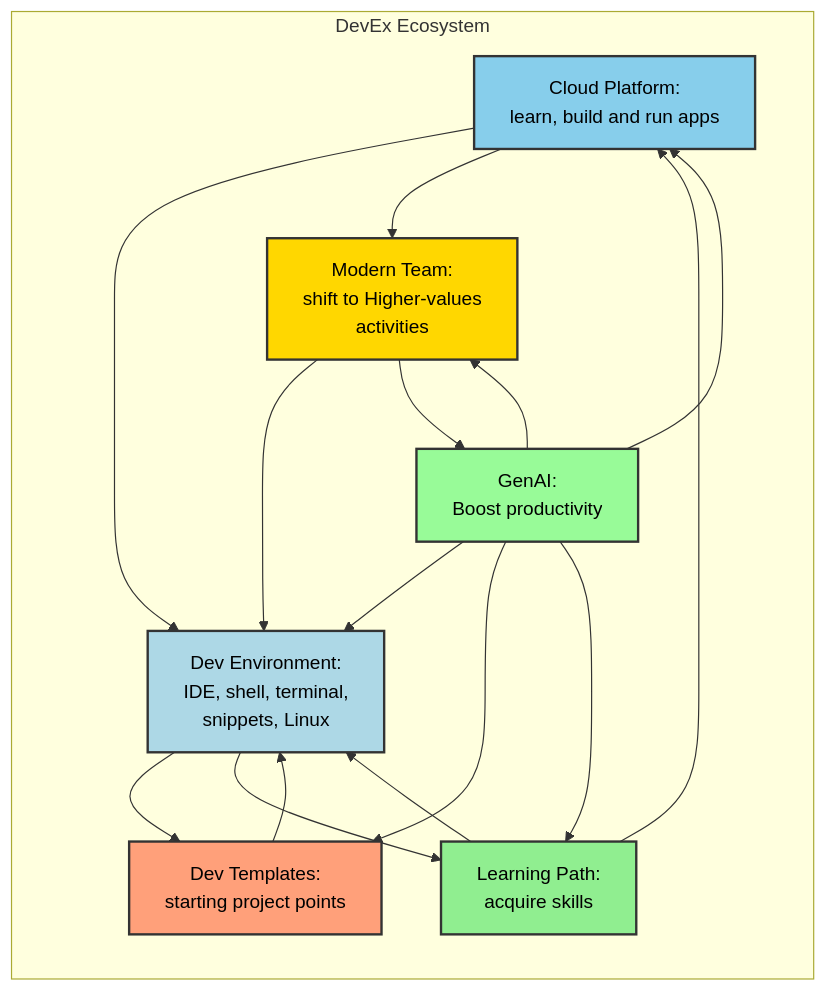
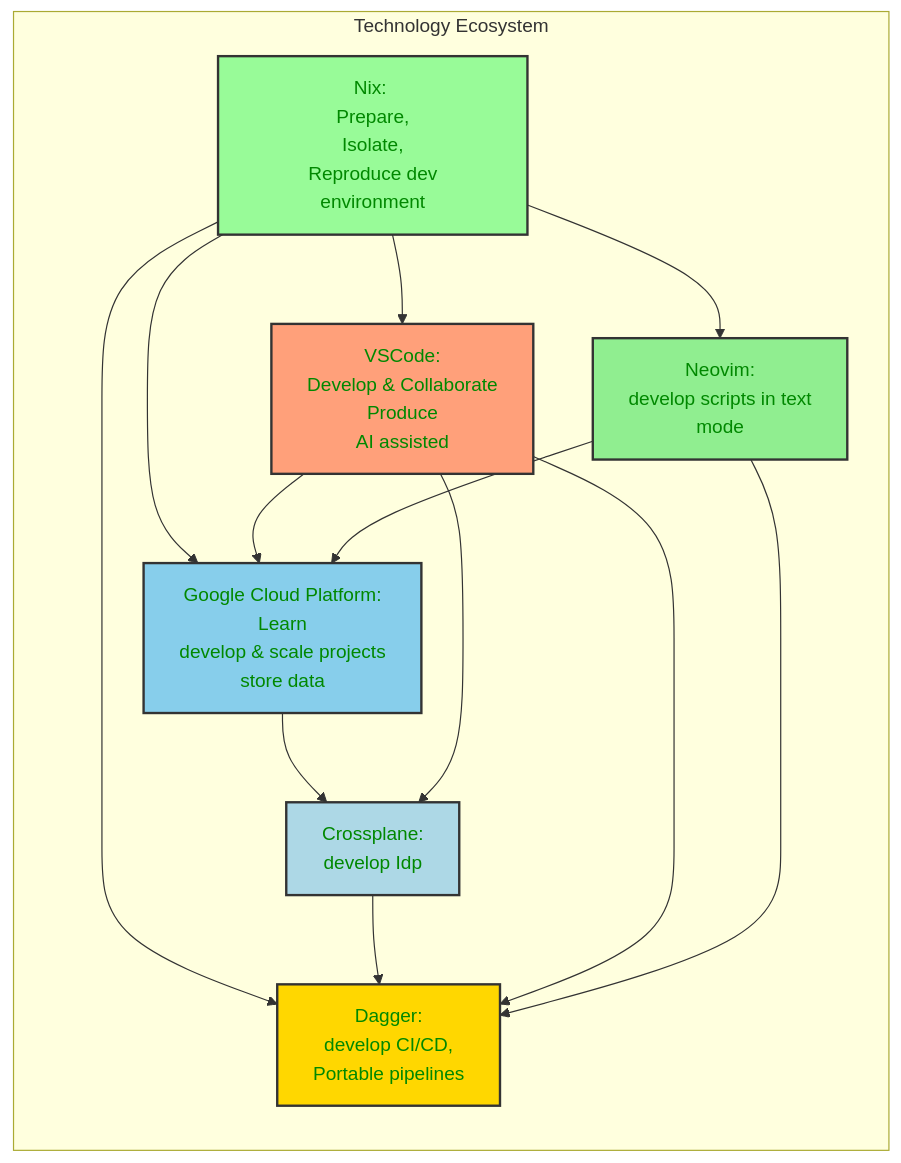
One commit to anistajouri/devex changed the third of 3 diagrams in docs/index.md. Above: the diagram before and after it, drawn with Mermaid. The commit also changed other lines of this file and 41 other files, not shown here.

````diff
--- a/docs/index.md
+++ b/docs/index.md
@@ -24,35 +98,33 @@
 ```mermaid
 graph LR
-    subgraph DevEx Ecosystem
-        A[Cloud Platform: <br> learn, build and run apps]
-        B[GenAI: <br> Boost productivity]
-        C[Modern Team: <br> shift to Higher-values<br>activities]
-        D[Dev Environment: <br> IDE, shell, terminal,<br>snippets, Linux]
-        E[Dev Templates: <br> starting project points]
-        F[Learning Path: <br> acquire skills]
+    subgraph Technology Ecosystem
+      A[Google Cloud Platform: <br> Learn <br> develop & scale projects <br> store data]
+      D[Crossplane: <br> develop Idp]
+      B[Nix: <br> Prepare, <br> Isolate, <br> Reproduce dev environment]
+      E[VSCode: <br> Develop & Collaborate <br> Produce <br> AI assisted]
+      C[Dagger: <br> develop CI/CD, <br> Portable pipelines]
+      F[Neovim: <br> develop scripts in text <br> mode]
     end
 
-    A --> D
-    B --> D
-    C --> D
-    E --> D
-    F --> D
-
-    A --> C
-    D --> E
-    D --> F
-    C --> B
-    F --> A
-
-    B --> A 
-    B --> C 
+    B --> A
     B --> E
+    B --> C
     B --> F
 
-  style A fill:#87CEEB,stroke:#333,stroke-width:2px,color:#000
-  style B fill:#98FB98,stroke:#333,stroke-width:2px,color:#000
-  style C fill:#FFD700,stroke:#333,stroke-width:2px,color:#000
-  style D fill:#ADD8E6,stroke:#333,stroke-width:2px,color:#000
-  style E fill:#FFA07A,stroke:#333,stroke-width:2px,color:#000
-  style F fill:#90EE90,stroke:#333,stroke-width:2px,color:#000
-```  
+    A --> D
+    D --> C
+
+    E --> C
+    E --> A
+    E --> D
+
+    F --> A
+    F --> C
+   
+  style A fill:#87CEEB,stroke:#333,stroke-width:2px,color:#080
+  style B fill:#98FB98,stroke:#333,stroke-width:2px,color:#080
+  style C fill:#FFD700,stroke:#333,stroke-width:2px,color:#080
+  style D fill:#ADD8E6,stroke:#333,stroke-width:2px,color:#080
+  style E fill:#FFA07A,stroke:#333,stroke-width:2px,color:#080
+  style F fill:#90EE90,stroke:#333,stroke-width:2px,color:#080
+```
````
